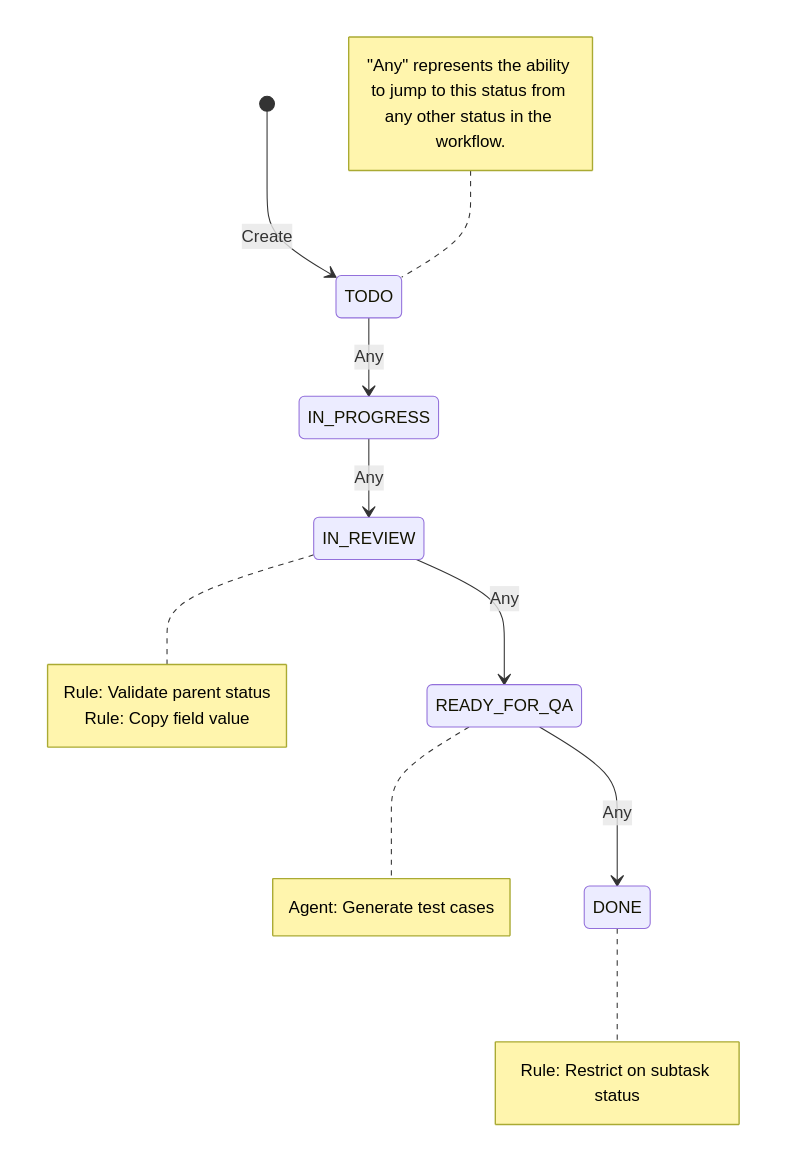
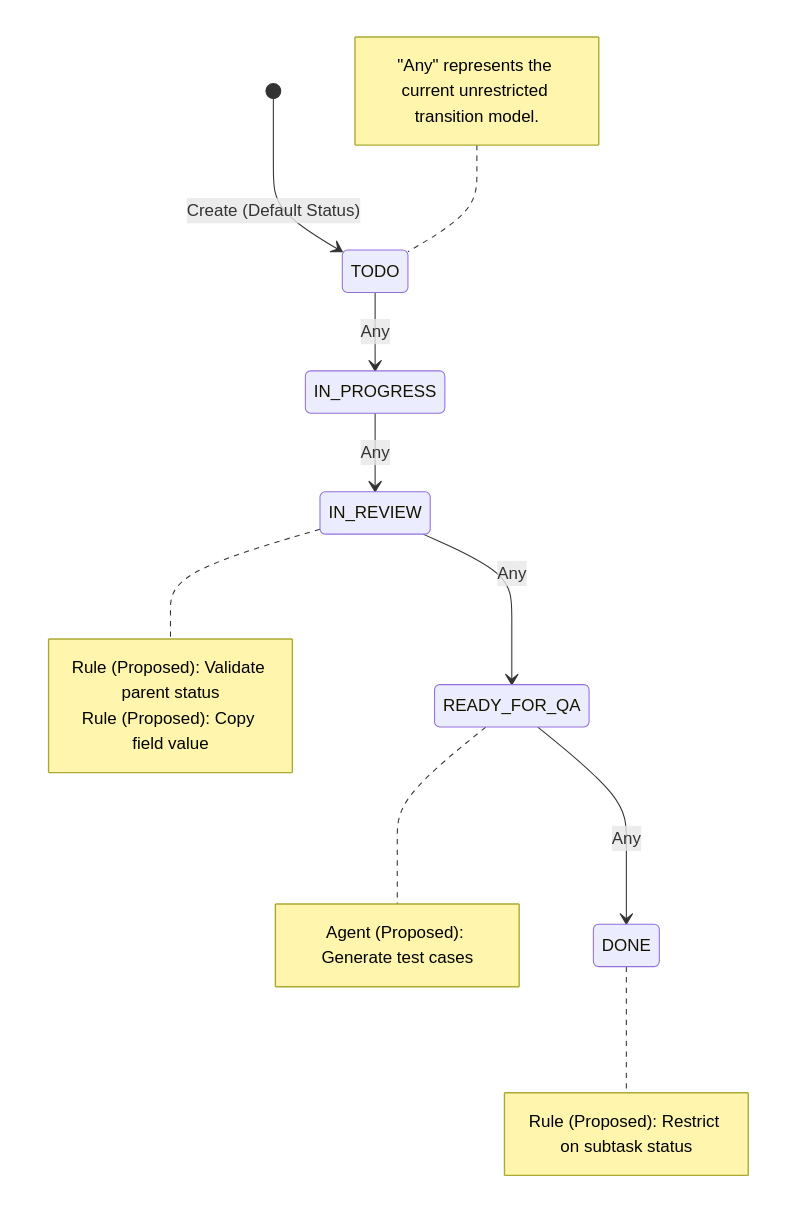
One commit to ekanatha-urivakili/Orbit changed diagram 43 of 43 in ORBIT-WORK-MANAGEMENT-ARCHITECTURE.md. Above: the diagram before and after it, drawn with Mermaid. The commit also changed other lines of this file and 10 other files, not shown here.

````diff
--- a/ORBIT-WORK-MANAGEMENT-ARCHITECTURE.md
+++ b/ORBIT-WORK-MANAGEMENT-ARCHITECTURE.md
@@ -3084,23 +3140,23 @@
 ```mermaid
 stateDiagram-v2
-    [*] --> TODO : Create
+    [*] --> TODO : Create (Default Status)
     TODO --> IN_PROGRESS : Any
     
     IN_PROGRESS --> IN_REVIEW : Any
     note right of IN_REVIEW
-        Rule: Validate parent status
-        Rule: Copy field value
+        Rule (Proposed): Validate parent status
+        Rule (Proposed): Copy field value
     end note
     
     IN_REVIEW --> READY_FOR_QA : Any
     note right of READY_FOR_QA
-        Agent: Generate test cases
+        Agent (Proposed): Generate test cases
     end note
     
     READY_FOR_QA --> DONE : Any
     note right of DONE
-        Rule: Restrict on subtask status
+        Rule (Proposed): Restrict on subtask status
     end note
     
-    note left of TODO : "Any" represents the ability to jump to this status from any other status in the workflow.
+    note left of TODO : "Any" represents the current unrestricted transition model.
 ```
````
